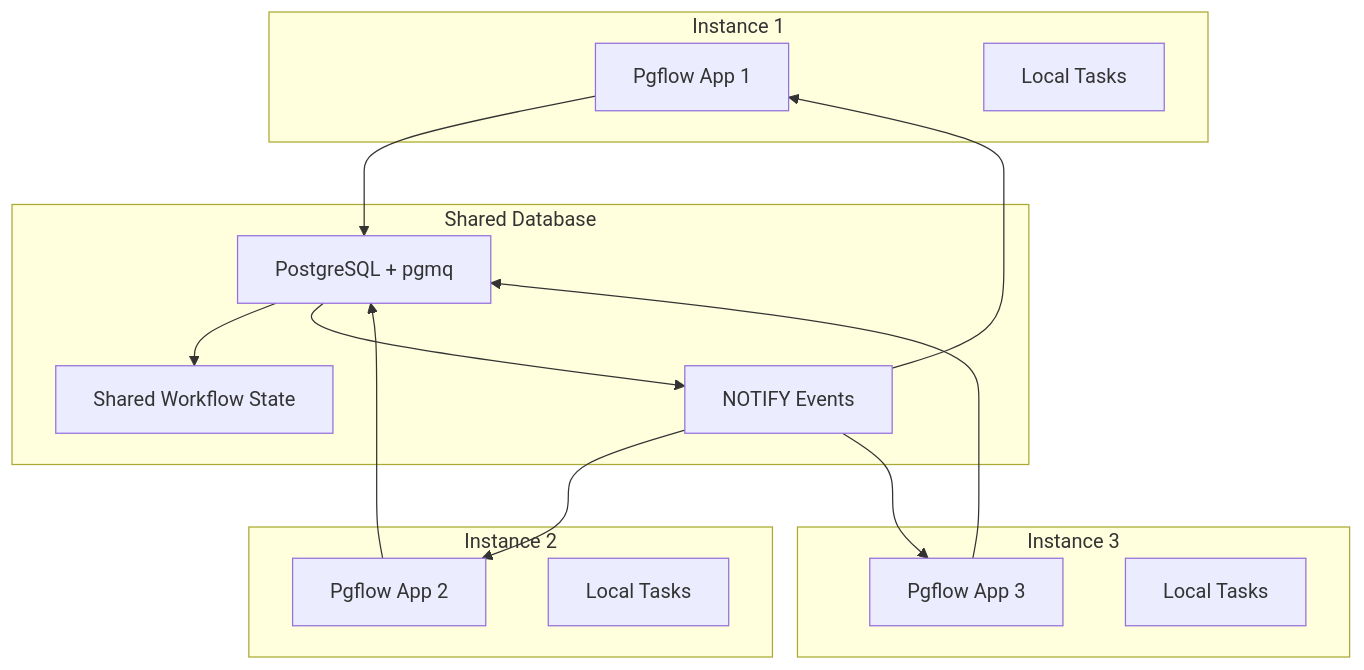
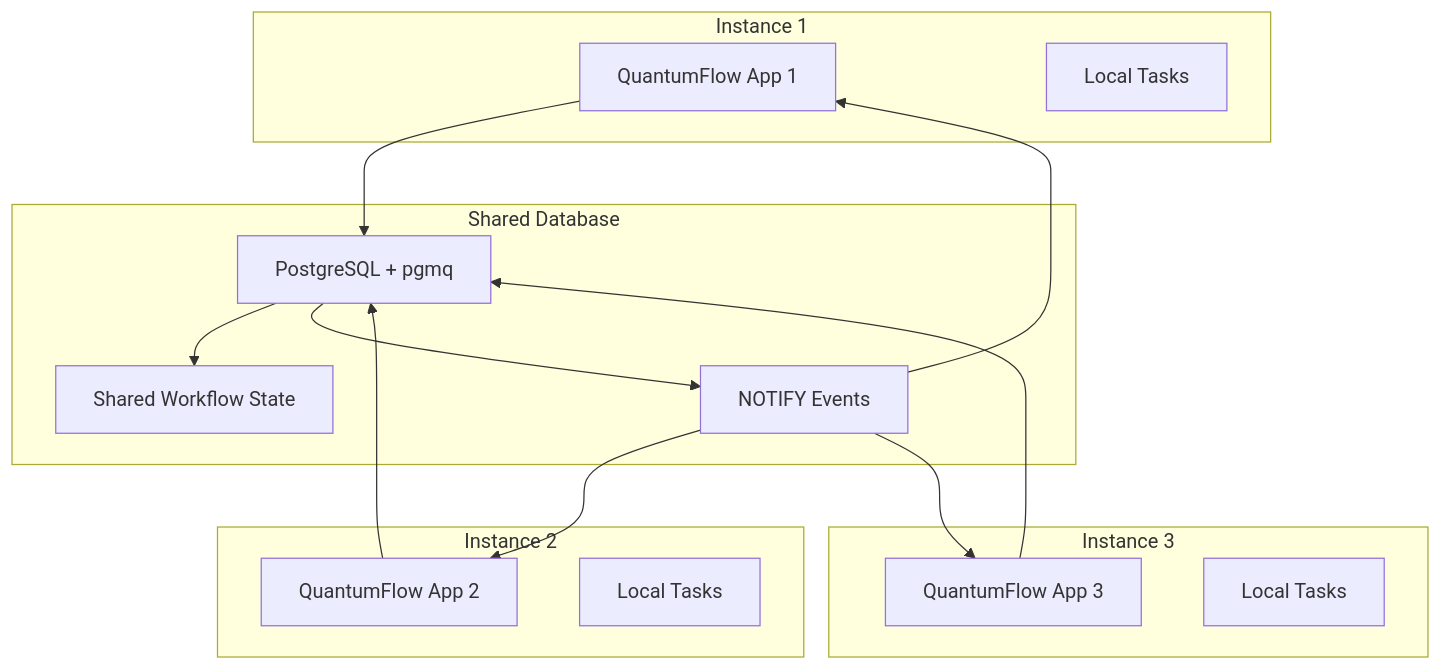
Diagram 15 of 15 in docs/architecture_diagrams.md (Singularity-ng/singularity-workflows), drawn with Mermaid before and after one commit. The commit also changed other lines of this file and 410 other files, not shown here.

First line of the commit message:
Rename ex_pgflow package to ex_quantum_flow

````diff
--- a/docs/architecture_diagrams.md
+++ b/docs/architecture_diagrams.md
@@ -414,32 +414,32 @@
 ```mermaid
 graph TB
     subgraph "Instance 1"
-        A1[Pgflow App 1]
+        A1[QuantumFlow App 1]
         B1[Local Tasks]
     end
     
     subgraph "Instance 2"
-        A2[Pgflow App 2]
+        A2[QuantumFlow App 2]
         B2[Local Tasks]
     end
     
     subgraph "Instance 3"
-        A3[Pgflow App 3]
+        A3[QuantumFlow App 3]
         B3[Local Tasks]
     end
     
     subgraph "Shared Database"
         C[PostgreSQL + pgmq]
         D[Shared Workflow State]
         E[NOTIFY Events]
     end
     
     A1 --> C
     A2 --> C
     A3 --> C
     C --> D
     C --> E
     E --> A1
     E --> A2
     E --> A3
 ```
````
